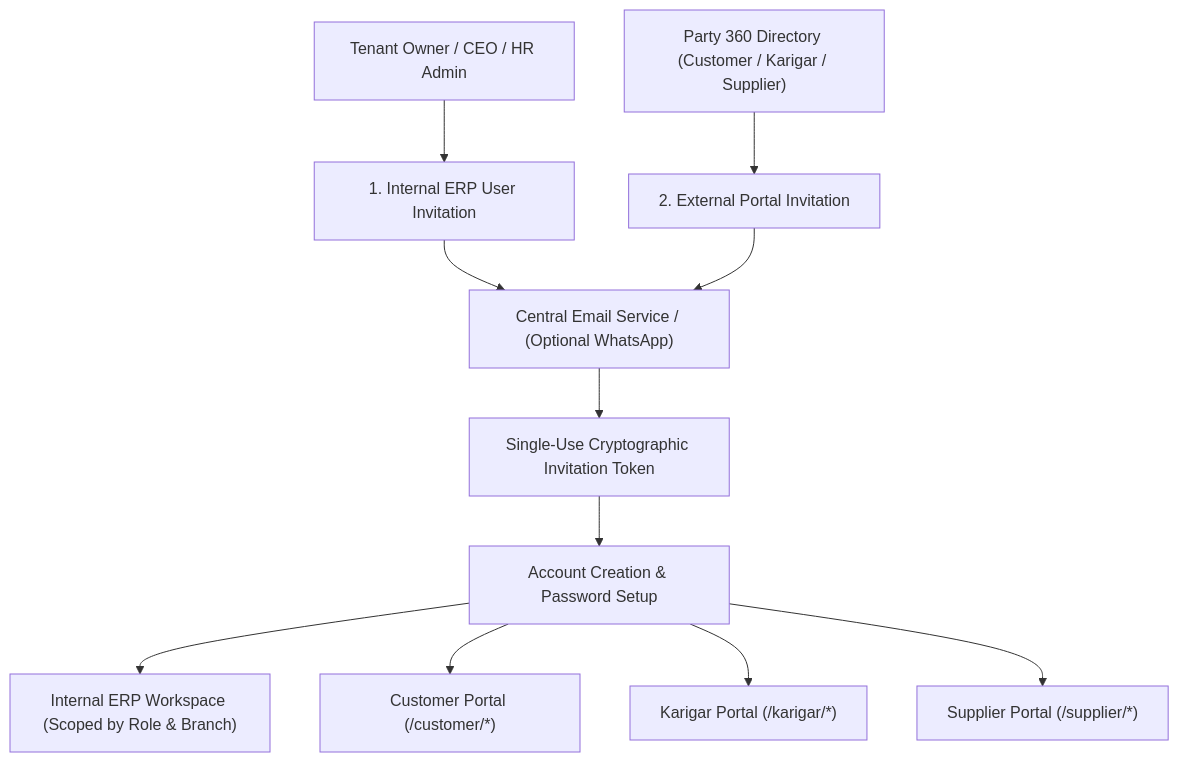
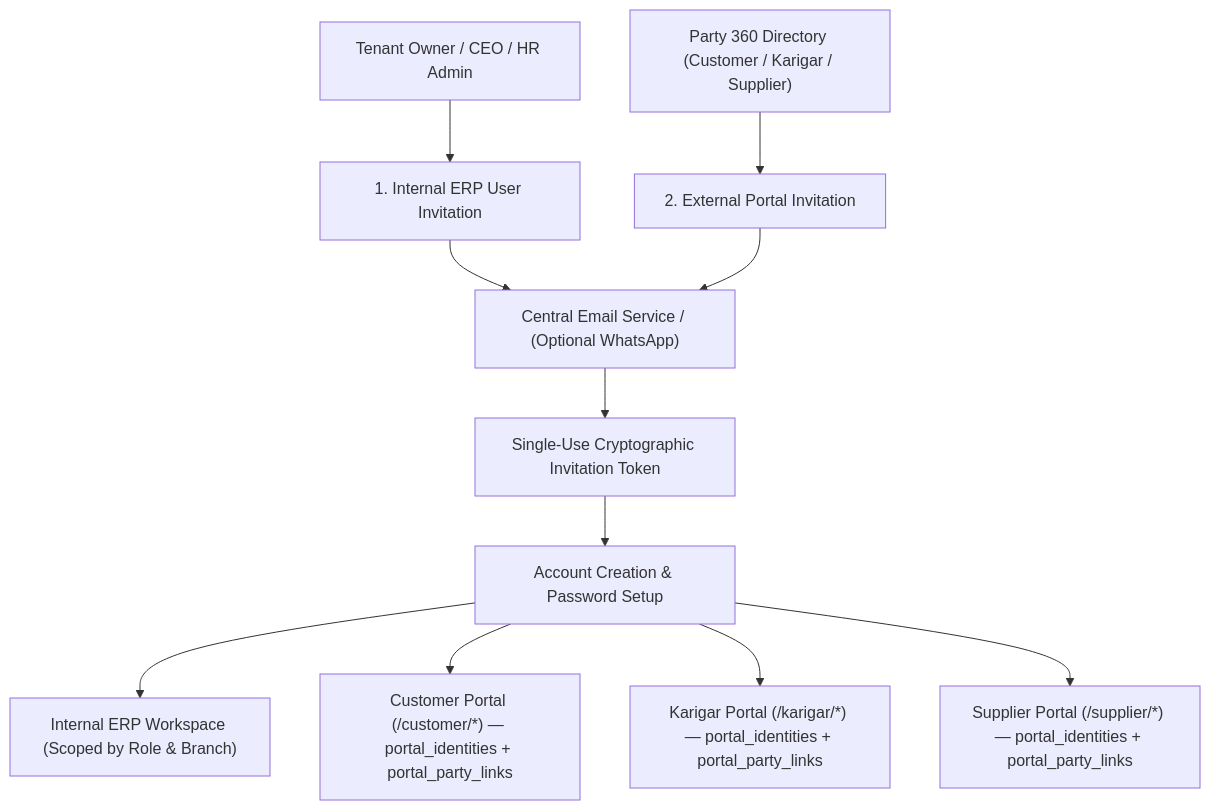
The first of 3 diagrams in docs/AUTH_AND_INVITATION_MASTER.md (Aritramanna1/avs-gold-erp), drawn with Mermaid before and after one commit. The commit also changed other lines of this file and 653 other files, not shown here.

````diff
--- a/docs/AUTH_AND_INVITATION_MASTER.md
+++ b/docs/AUTH_AND_INVITATION_MASTER.md
@@ -12,16 +12,16 @@
 ```mermaid
 graph TD
     TenantAdmin["Tenant Owner / CEO / HR Admin"] --> InternalInvite["1. Internal ERP User Invitation"]
     Party360["Party 360 Directory (Customer / Karigar / Supplier)"] --> ExternalInvite["2. External Portal Invitation"]
     
     InternalInvite --> CentralEmail["Central Email Service / (Optional WhatsApp)"]
     ExternalInvite --> CentralEmail
     
     CentralEmail --> TokenVerify["Single-Use Cryptographic Invitation Token"]
     TokenVerify --> AccountCreation["Account Creation & Password Setup"]
     
     AccountCreation --> InternalPath["Internal ERP Workspace (Scoped by Role & Branch)"]
-    AccountCreation --> CustomerPath["Customer Portal (/customer/*)"]
-    AccountCreation --> KarigarPath["Karigar Portal (/karigar/*)"]
-    AccountCreation --> SupplierPath["Supplier Portal (/supplier/*)"]
+    AccountCreation --> CustomerPath["Customer Portal (/customer/*) — portal_identities + portal_party_links"]
+    AccountCreation --> KarigarPath["Karigar Portal (/karigar/*) — portal_identities + portal_party_links"]
+    AccountCreation --> SupplierPath["Supplier Portal (/supplier/*) — portal_identities + portal_party_links"]
 ```
````
